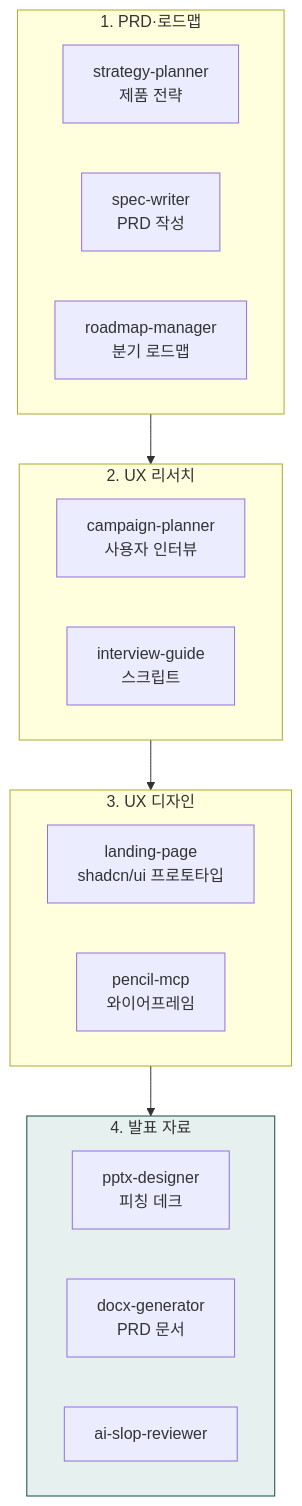
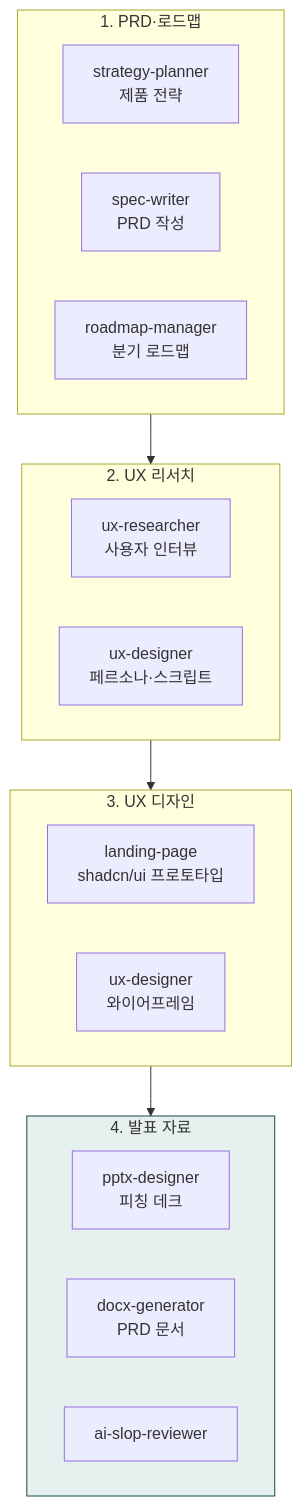
One commit to modu-ai/claude changed the diagram in content/cookbook/tracks/track-product.md. Above: the diagram before and after it, drawn with Mermaid. The commit also changed other lines of this file and 84 other files, not shown here.

First line of the commit message:
docs(docs-site): drawio → mermaid 전환 + 카운트 정정 + drawio 잔재 제거 (v2.23.0)

````diff
--- a/content/cookbook/tracks/track-product.md
+++ b/content/cookbook/tracks/track-product.md
@@ -14,23 +14,23 @@
 ```mermaid
 flowchart TD
     subgraph 기획["1. PRD·로드맵"]
         A1["strategy-planner<br/>제품 전략"]
         A2["spec-writer<br/>PRD 작성"]
         A3["roadmap-manager<br/>분기 로드맵"]
     end
     subgraph 리서치["2. UX 리서치"]
-        B1["campaign-planner<br/>사용자 인터뷰"]
-        B2["interview-guide<br/>스크립트"]
+        B1["ux-researcher<br/>사용자 인터뷰"]
+        B2["ux-designer<br/>페르소나·스크립트"]
     end
     subgraph 디자인["3. UX 디자인"]
         C1["landing-page<br/>shadcn/ui 프로토타입"]
-        C2["pencil-mcp<br/>와이어프레임"]
+        C2["ux-designer<br/>와이어프레임"]
     end
     subgraph 발표["4. 발표 자료"]
         D1["pptx-designer<br/>피칭 데크"]
         D2["docx-generator<br/>PRD 문서"]
         D3["ai-slop-reviewer"]
     end
     기획 --> 리서치 --> 디자인 --> 발표
     style 발표 fill:#e6f0ef,stroke:#144a46
 ```
````
